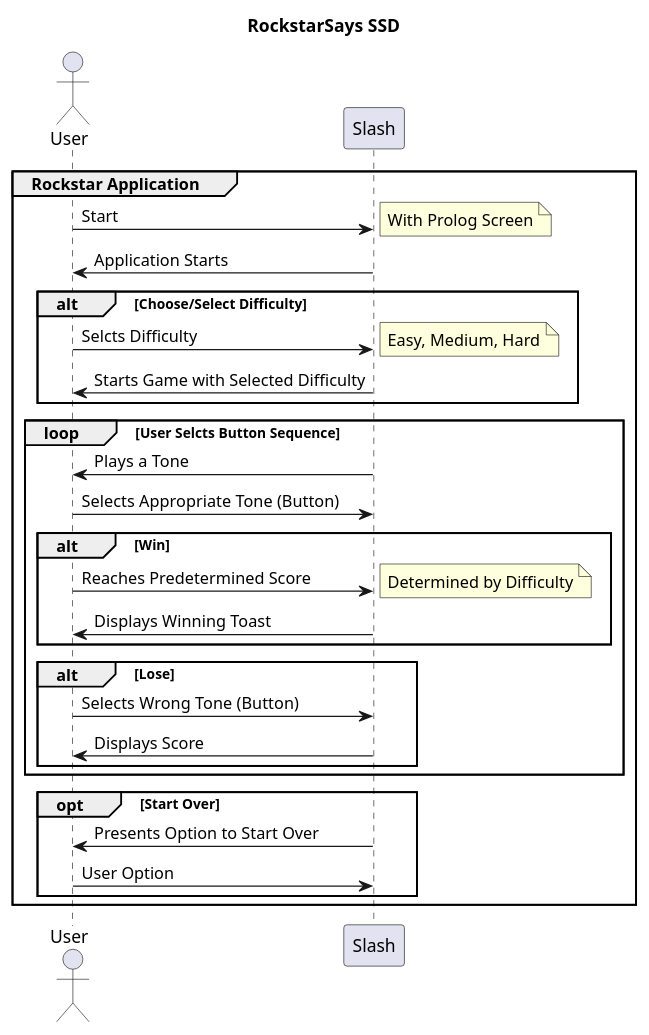
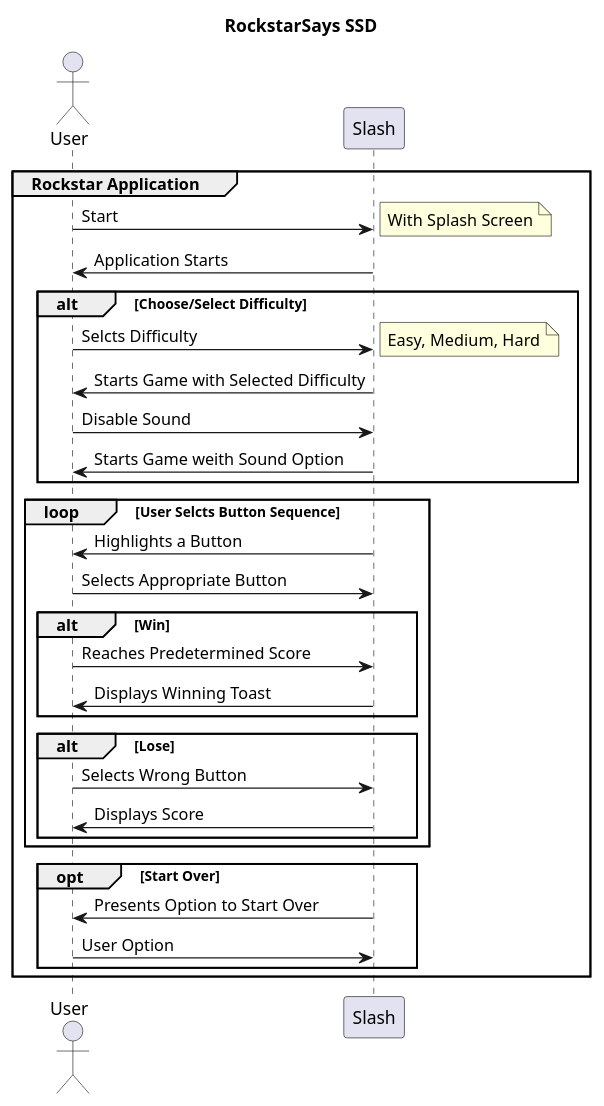
Before and after one commit to Schopperkyle/RockstarSays: the diagram in app/UML/SystemSequenceDiagram.puml, drawn with PlantUML. The commit also changed 2 other files, not shown here.

```diff
--- a/app/UML/SystemSequenceDiagram.puml
+++ b/app/UML/SystemSequenceDiagram.puml
@@ -1,42 +1,44 @@
 @startuml
 
 title RockstarSays SSD
 actor User
 participant Slash
 
 group Rockstar Application
 User -> Slash: Start
-note right: With Prolog Screen
+note right: With Splash Screen
 User <- Slash: Application Starts
 
 alt Choose/Select Difficulty
 User -> Slash: Selcts Difficulty
 note right: Easy, Medium, Hard
 User <- Slash: Starts Game with Selected Difficulty
+User -> Slash: Disable Sound
+User <- Slash: Starts Game weith Sound Option
 end
 
 loop User Selcts Button Sequence
-User <- Slash: Plays a Tone
-User -> Slash: Selects Appropriate Tone (Button)
+User <- Slash: Highlights a Button
+User -> Slash: Selects Appropriate Button
 
 alt Win
 User -> Slash: Reaches Predetermined Score
-note right: Determined by Difficulty
+
 User <- Slash: Displays Winning Toast
 end
 
 alt Lose
-User -> Slash: Selects Wrong Tone (Button)
+User -> Slash: Selects Wrong Button
 User <- Slash: Displays Score
 end
 
 end
 
 opt Start Over
 User <- Slash: Presents Option to Start Over
 User -> Slash: User Option
 end
 
 end
 
 @enduml
```
